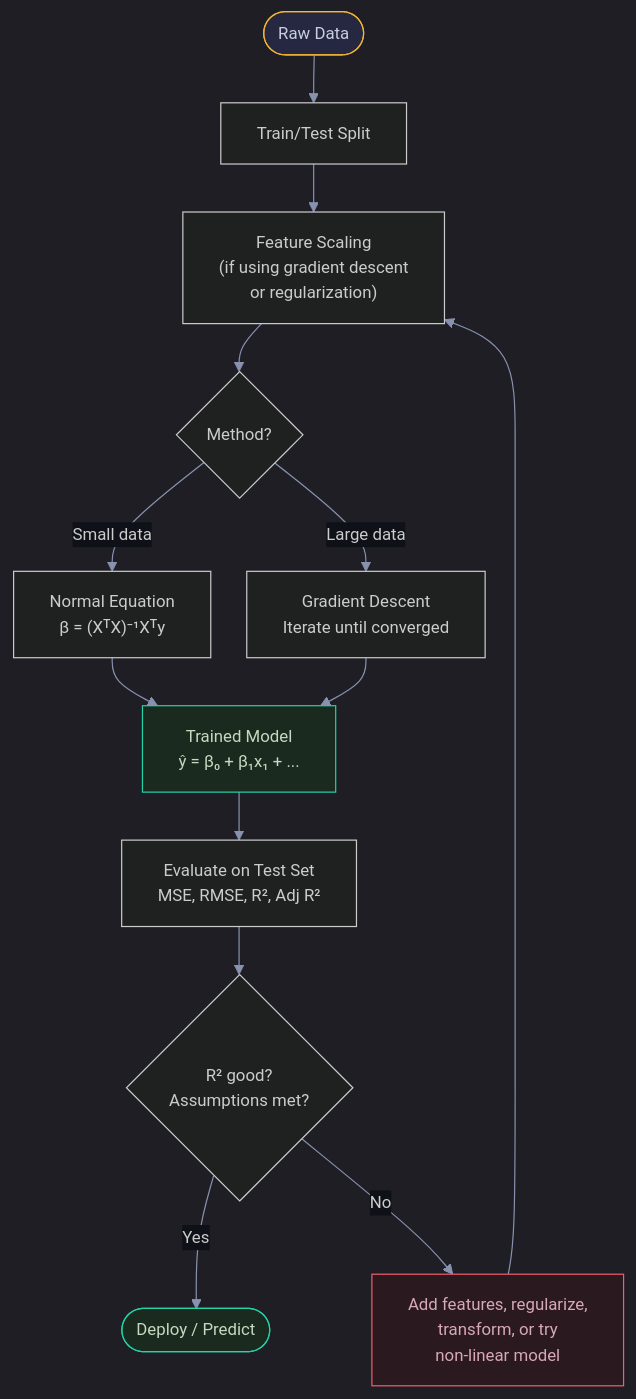
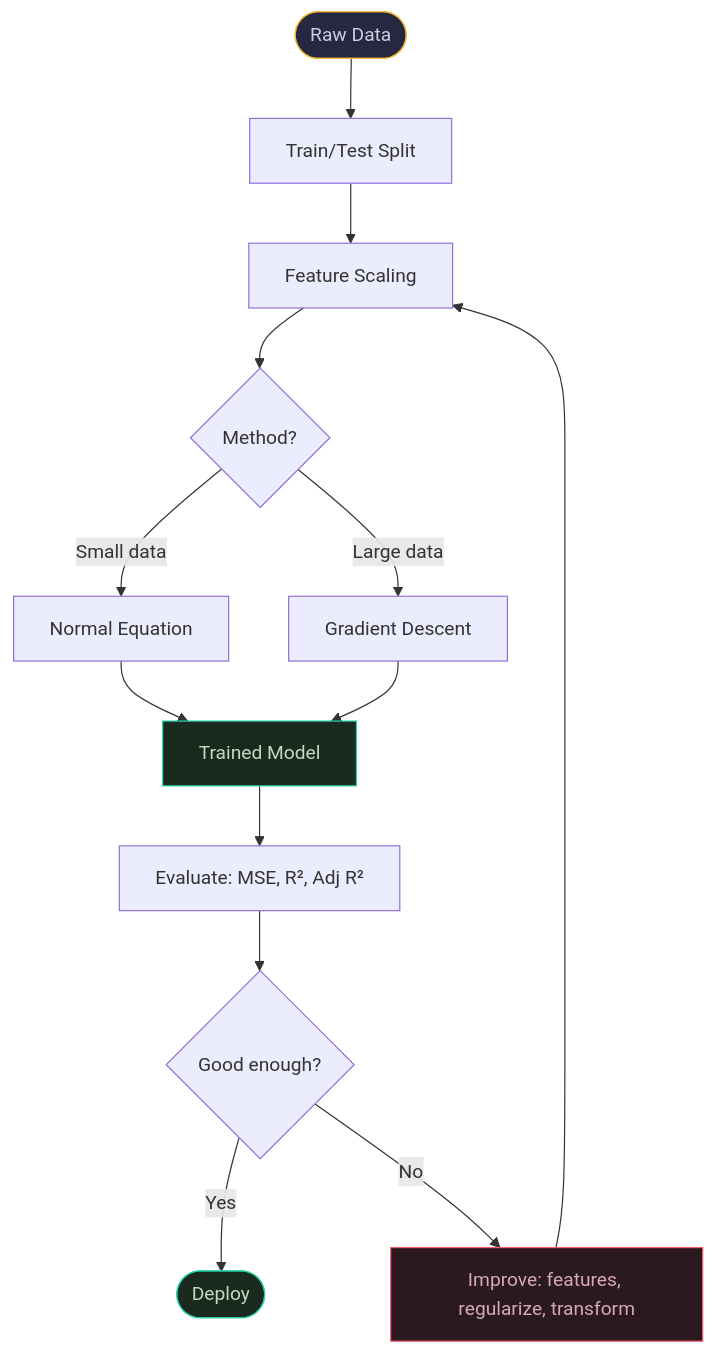
One commit to snehith1234/StudyCircle changed the seventh of 8 diagrams in Documents/Visual_Guides/ML_Concepts/Linear_Regression_Visual.md. Above: the diagram before and after it, drawn with Mermaid. The commit also changed other lines of this file and 8 other files, not shown here.

Commit message:
Add NN animations, XGBoost section, multicollinearity/autocorrelation, stats explanations, fix mermaid visuals, exploding gradient deep dive

````diff
--- a/Documents/Visual_Guides/ML_Concepts/Linear_Regression_Visual.md
+++ b/Documents/Visual_Guides/ML_Concepts/Linear_Regression_Visual.md
@@ -313,21 +194,18 @@
 ```mermaid
-%%{init: {'theme': 'dark', 'themeVariables': {'darkMode': true, 'background': '#0e1117', 'primaryColor': '#1a1d2e', 'primaryTextColor': '#e2e8f0', 'primaryBorderColor': '#2d3148', 'lineColor': '#8892b0', 'secondaryColor': '#252840', 'tertiaryColor': '#1a1d2e', 'fontSize': '14px', 'edgeLabelBackground': '#0e1117'}, 'flowchart': {'nodeSpacing': 30, 'rankSpacing': 40, 'padding': 15, 'htmlLabels': true}}}%%
 flowchart TD
-    START(["Raw Data"]) --> SPLIT["Train/Test Split"]
-    SPLIT --> SCALE["Feature Scaling<br/>(if using gradient descent<br/>or regularization)"]
+    START(["Raw Data"]) --> SPLIT["Train/Test Split"] --> SCALE["Feature Scaling"]
     SCALE --> CHOOSE{"Method?"}
-    CHOOSE -->|"Small data"| NE["Normal Equation<br/>β = (XᵀX)⁻¹Xᵀy"]
-    CHOOSE -->|"Large data"| GD["Gradient Descent<br/>Iterate until converged"]
-    NE --> TRAINED["Trained Model<br/>ŷ = β₀ + β₁x₁ + ..."]
-    GD --> TRAINED
-    TRAINED --> EVAL["Evaluate on Test Set<br/>MSE, RMSE, R², Adj R²"]
-    EVAL --> CHECK{"R² good?<br/>Assumptions met?"}
-    CHECK -->|"Yes"| DEPLOY(["Deploy / Predict"])
-    CHECK -->|"No"| FIX["Add features, regularize,<br/>transform, or try<br/>non-linear model"]
+    CHOOSE -->|Small data| NE["Normal Equation"]
+    CHOOSE -->|Large data| GD_ITER["Gradient Descent"]
+    NE --> TRAINED["Trained Model"]
+    GD_ITER --> TRAINED
+    TRAINED --> EVAL["Evaluate: MSE, R², Adj R²"]
+    EVAL --> CHECK{"Good enough?"}
+    CHECK -->|Yes| DEPLOY(["Deploy"])
+    CHECK -->|No| FIX["Improve: features, regularize, transform"]
     FIX --> SCALE
-
     style START fill:#252840,stroke:#f5b731,color:#c8cfe0
     style TRAINED fill:#1a2a1f,stroke:#22d3a7,color:#c8d8c0
     style DEPLOY fill:#1a2a1f,stroke:#22d3a7,color:#c8d8c0
     style FIX fill:#2a1a1f,stroke:#f45d6d,color:#d8a8b8
 ```
````
